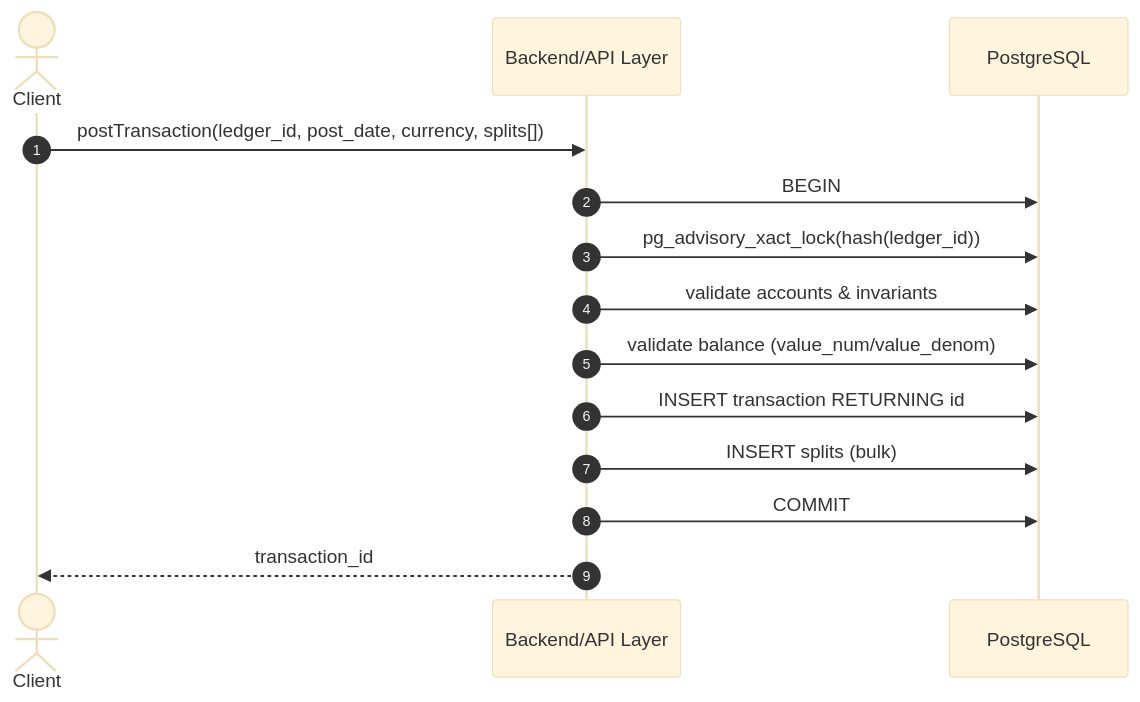
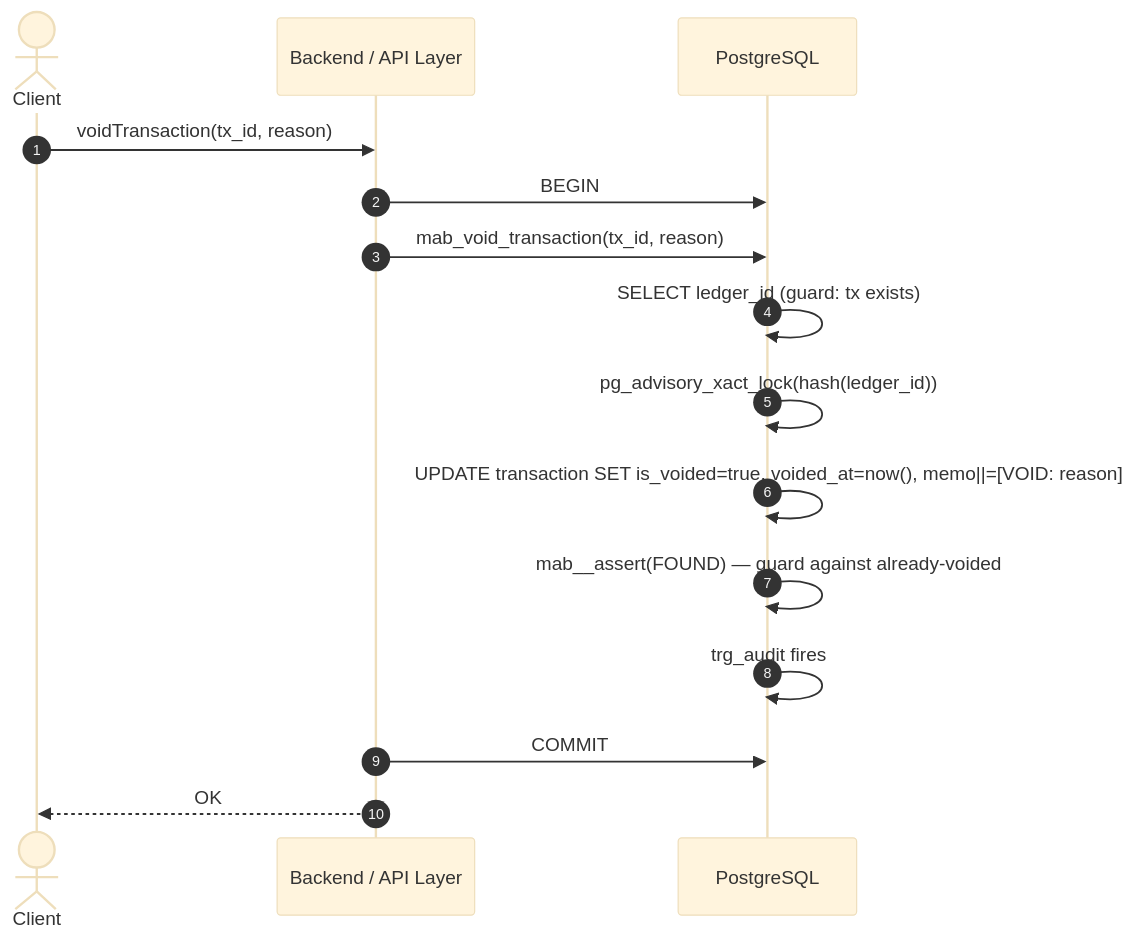
The third of 4 diagrams in Documentation/docs/engine/Posting_Engine_Sequence.md (leonguevara/MyAccountingBooks_dev), drawn with Mermaid (base theme) before and after one commit. The commit also changed other lines of this file and 18 other files, not shown here.

````diff
--- a/Documentation/docs/engine/Posting_Engine_Sequence.md
+++ b/Documentation/docs/engine/Posting_Engine_Sequence.md
@@ -3,17 +60,18 @@
 ```mermaid
 sequenceDiagram
   autonumber
   actor Client
-  participant API as Backend/API Layer
+  participant API as Backend / API Layer
   participant DB as PostgreSQL
 
-  Client->>API: postTransaction(ledger_id, post_date, currency, splits[])
+  Client->>API: voidTransaction(tx_id, reason)
   API->>DB: BEGIN
-  API->>DB: pg_advisory_xact_lock(hash(ledger_id))
-  API->>DB: validate accounts & invariants
-  API->>DB: validate balance (value_num/value_denom)
-  API->>DB: INSERT transaction RETURNING id
-  API->>DB: INSERT splits (bulk)
+  API->>DB: mab_void_transaction(tx_id, reason)
+  DB->>DB: SELECT ledger_id (guard: tx exists)
+  DB->>DB: pg_advisory_xact_lock(hash(ledger_id))
+  DB->>DB: UPDATE transaction SET is_voided=true, voided_at=now(), memo||=[VOID: reason]
+  DB->>DB: mab__assert(FOUND) — guard against already-voided
+  DB->>DB: trg_audit fires
   API->>DB: COMMIT
-  API-->>Client: transaction_id
+  API-->>Client: OK
 ```
````
